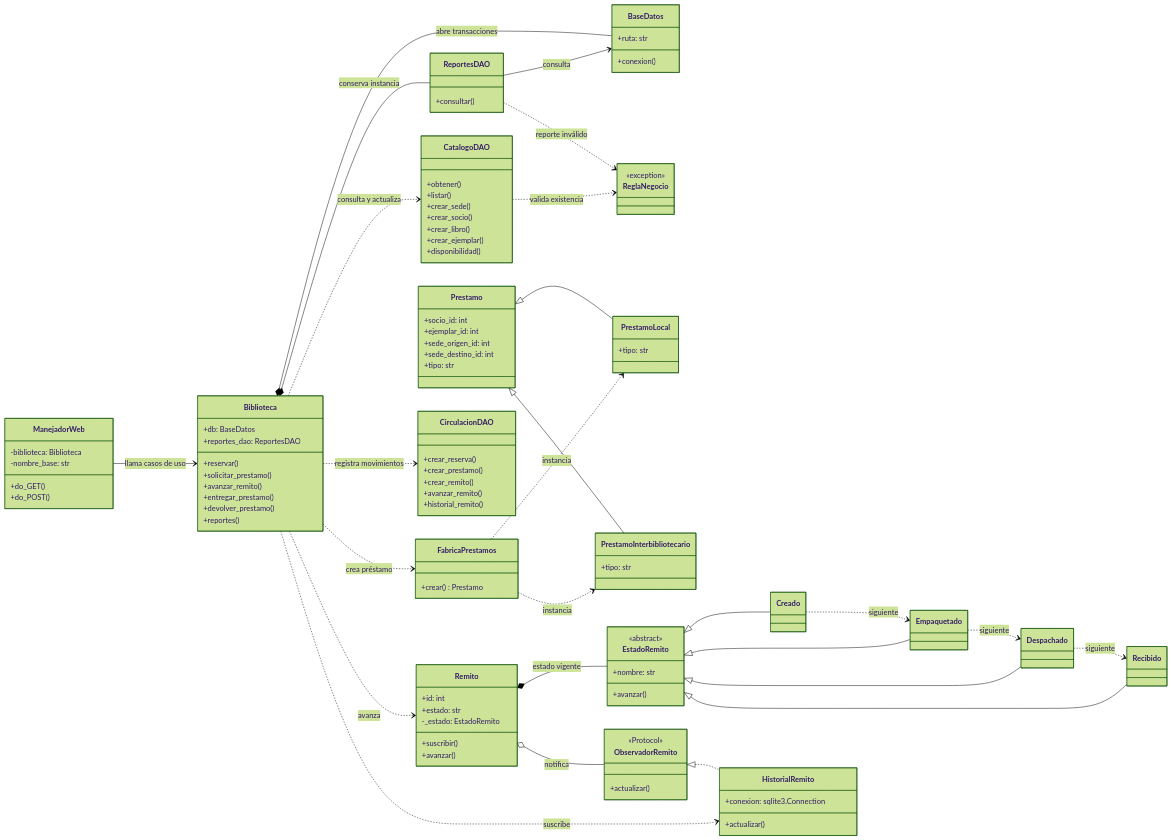
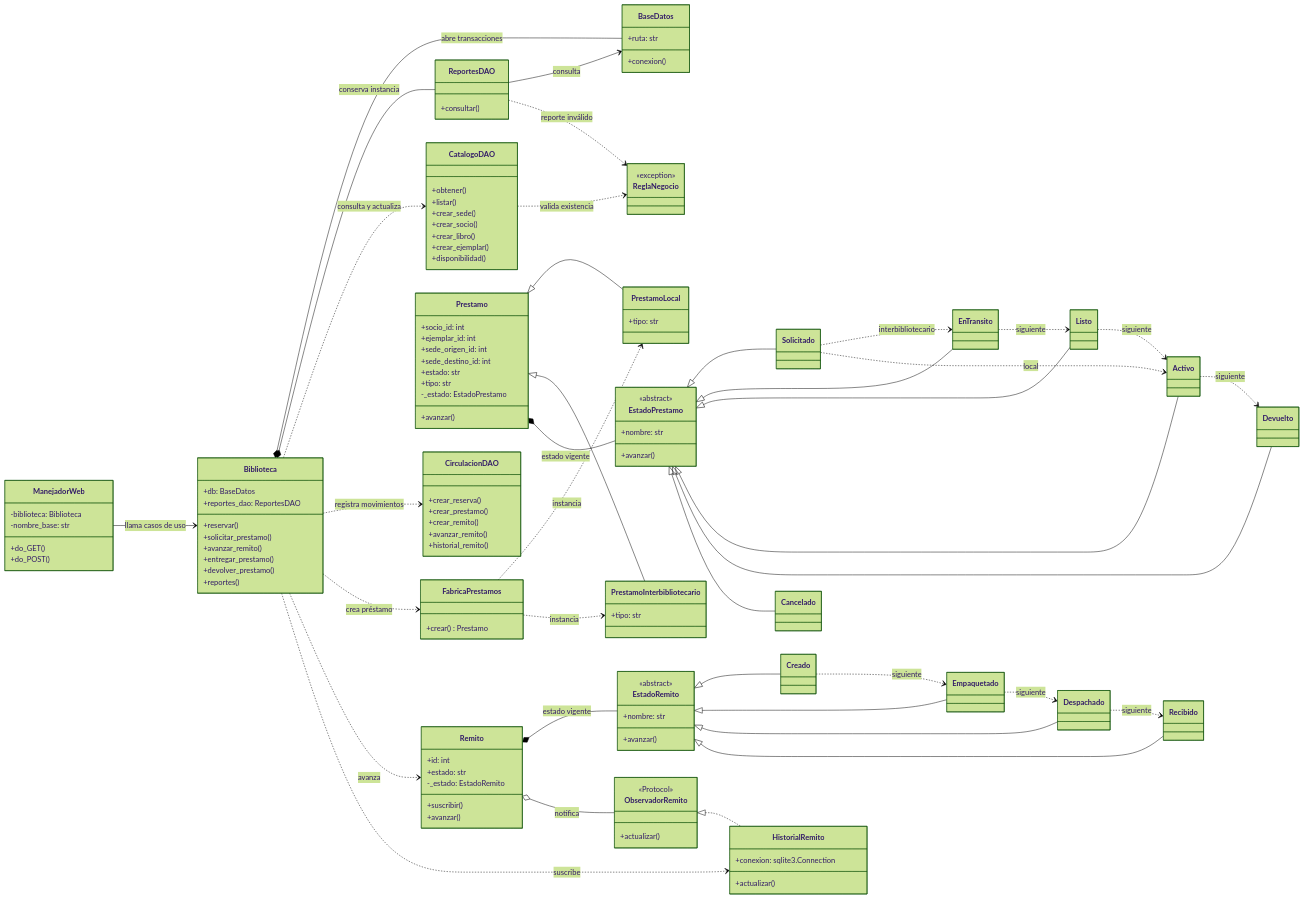
Before and after one commit to PedroGonzalezC/TPI_DAO_4K2_2026: the diagram in docs/DIAGRAMA_CLASES.md, drawn with Mermaid (forest theme). The commit also changed other lines of this file and 27 other files, not shown here.

```diff
--- a/docs/DIAGRAMA_CLASES.md
+++ b/docs/DIAGRAMA_CLASES.md
@@ -57,7 +57,10 @@
         +ejemplar_id: int
         +sede_origen_id: int
         +sede_destino_id: int
+        +estado: str
         +tipo: str
+        -_estado: EstadoPrestamo
+        +avanzar()
     }
     class PrestamoLocal {
         +tipo: str
@@ -68,6 +71,17 @@
     class FabricaPrestamos {
         +crear() Prestamo
     }
+    class EstadoPrestamo {
+        <<abstract>>
+        +nombre: str
+        +avanzar()
+    }
+    class Solicitado
+    class EnTransito
+    class Listo
+    class Activo
+    class Devuelto
+    class Cancelado
 
     class Remito {
         +id: int
@@ -108,6 +122,18 @@
     FabricaPrestamos ..> PrestamoInterbibliotecario : instancia
     Prestamo <|-- PrestamoLocal
     Prestamo <|-- PrestamoInterbibliotecario
+    Prestamo *-- EstadoPrestamo : estado vigente
+    EstadoPrestamo <|-- Solicitado
+    EstadoPrestamo <|-- EnTransito
+    EstadoPrestamo <|-- Listo
+    EstadoPrestamo <|-- Activo
+    EstadoPrestamo <|-- Devuelto
+    EstadoPrestamo <|-- Cancelado
+    Solicitado ..> EnTransito : interbibliotecario
+    Solicitado ..> Activo : local
+    EnTransito ..> Listo : siguiente
+    Listo ..> Activo : siguiente
+    Activo ..> Devuelto : siguiente
     Remito *-- EstadoRemito : estado vigente
     Remito o-- ObservadorRemito : notifica
     ObservadorRemito <|.. HistorialRemito
```
